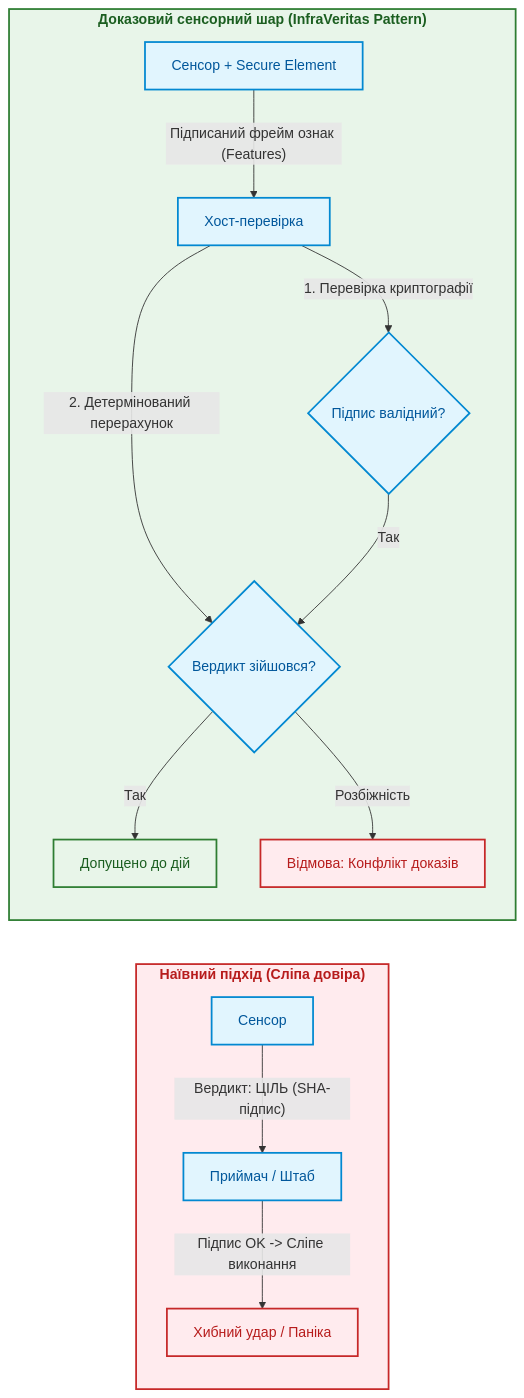
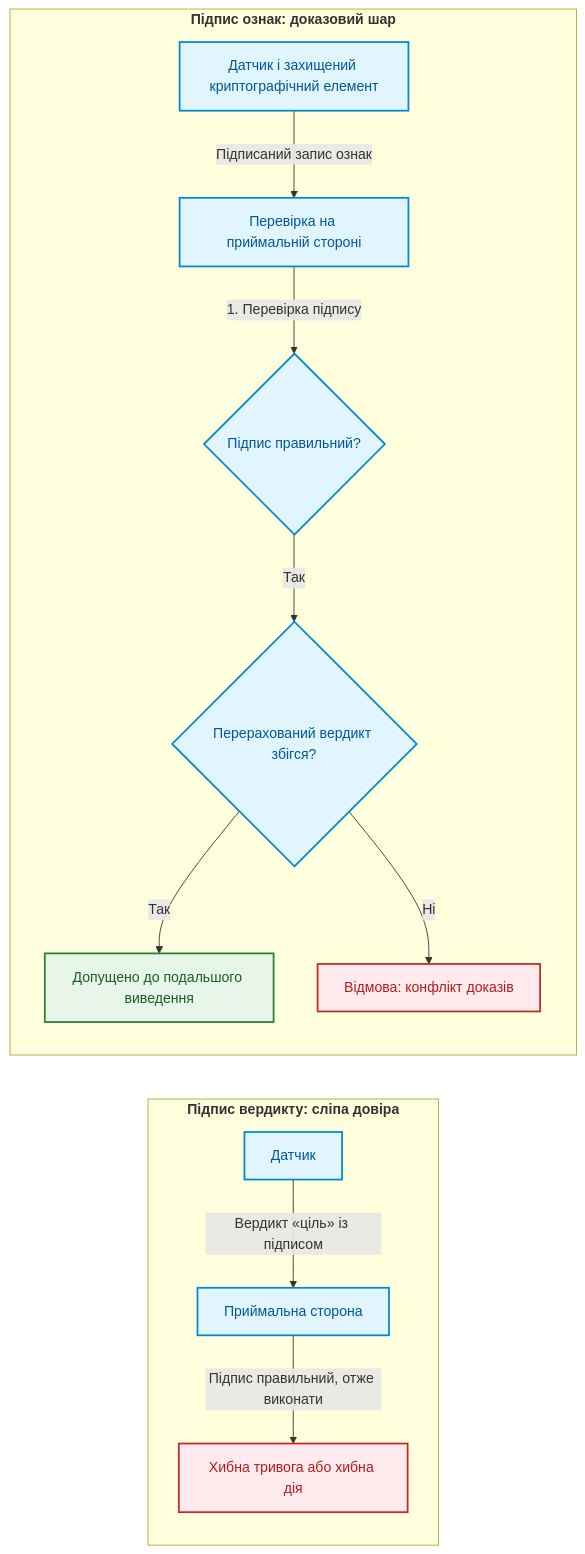
The sixth of 8 diagrams in ExpertSystem/appendix-b-robotics-and-cyber-physical-systems.md (nick-fedchik/articles), drawn with Mermaid before and after one commit. The commit also changed other lines of this file, not shown here.

````diff
--- a/ExpertSystem/appendix-b-robotics-and-cyber-physical-systems.md
+++ b/ExpertSystem/appendix-b-robotics-and-cyber-physical-systems.md
@@ -374,27 +346,26 @@
 ```mermaid
 flowchart LR
-    accTitle: Порівняння наївного підпису вердикту та доказового підпису ознак
-    accDescr: Наївний підпис передає неперевірюваний вердикт; доказовий сенсор передає підписані ознаки для незалежного перерахунку.
+    accTitle: Порівняння підпису вердикту та підпису ознак
+    accDescr: Підписаний вердикт неможливо перевірити; підписані ознаки дають змогу незалежно перерахувати вердикт на приймальній стороні.
 
-    subgraph Naive["<b>Наївний підхід (Сліпа довіра)</b>"]
-        S1["Сенсор"] -->|"Вердикт: ЦІЛЬ (SHA-підпис)"| R1["Приймач / Штаб"]
-        R1 -->|"Підпис OK -> Сліпе виконання"| D1["Хибний удар / Паніка"]
+    subgraph Naive["<b>Підпис вердикту: сліпа довіра</b>"]
+        S1["Датчик"] -->|"Вердикт «ціль» із підписом"| R1["Приймальна сторона"]
+        R1 -->|"Підпис правильний, отже виконати"| D1["Хибна тривога або хибна дія"]
     end
 
-    subgraph Evidence["<b>Доказовий сенсорний шар (InfraVeritas Pattern)</b>"]
-        S2["Сенсор + Secure Element"] -->|"Підписаний фрейм ознак (Features)"| R2["Хост-перевірка"]
-        R2 -->|"1. Перевірка криптографії"| H1{"Підпис валідний?"}
-        R2 -->|"2. Детермінований перерахунок"| H2{"Вердикт зійшовся?"}
-        H1 -->|Так| H2
-        H2 -->|Так| ADM["Допущено до дій"]
-        H2 -->|Розбіжність| REJ["Відмова: Конфлікт доказів"]
+    subgraph Evidence["<b>Підпис ознак: доказовий шар</b>"]
+        S2["Датчик і захищений криптографічний елемент"] -->|"Підписаний запис ознак"| R2["Перевірка на приймальній стороні"]
+        R2 -->|"1. Перевірка підпису"| H1{"Підпис правильний?"}
+        H1 -->|"Так"| H2{"Перерахований вердикт збігся?"}
+        H2 -->|"Так"| ADM["Допущено до подальшого виведення"]
+        H2 -->|"Ні"| REJ["Відмова: конфлікт доказів"]
     end
 
     classDef bad fill:#ffebee,stroke:#c62828,stroke-width:2px,color:#b71c1c;
     classDef good fill:#e8f5e9,stroke:#2e7d32,stroke-width:2px,color:#1b5e20;
     classDef proc fill:#e1f5fe,stroke:#0288d1,stroke-width:2px,color:#01579b;
 
-    class Naive,D1,REJ bad;
-    class Evidence,ADM good;
+    class D1,REJ bad;
+    class ADM good;
     class S1,S2,R1,R2,H1,H2 proc;
 ```
````
